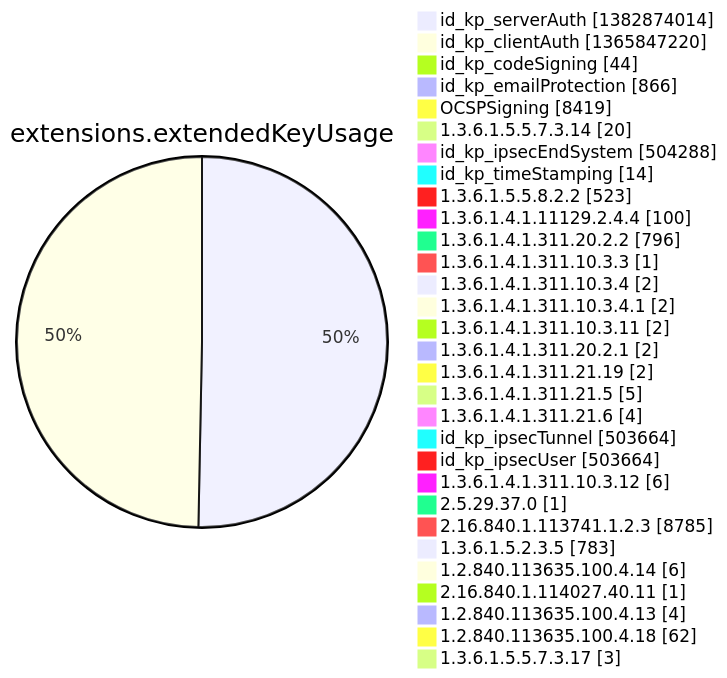
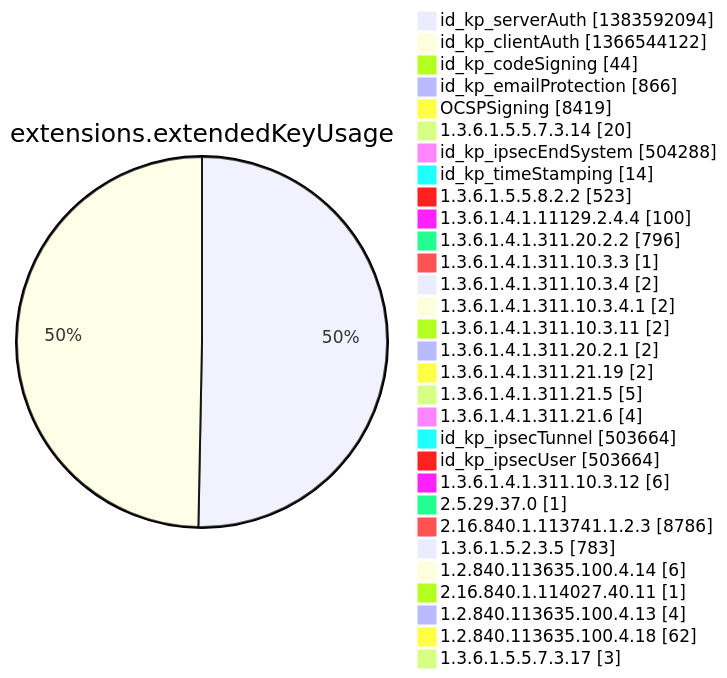
Before and after one commit to christiankrug/ctmonitor_visualization: diagram 12 of 15 in argon2022/README.md, drawn with Mermaid. The commit also changed other lines of this file, not shown here.

````diff
--- a/argon2022/README.md
+++ b/argon2022/README.md
@@ -3554,34 +3554,34 @@
 ```mermaid
 pie showData
 title extensions.extendedKeyUsage
-"id_kp_serverAuth" :1382874014
-"id_kp_clientAuth" :1365847220
+"id_kp_serverAuth" :1383592094
+"id_kp_clientAuth" :1366544122
 "id_kp_codeSigning" :44
 "id_kp_emailProtection" :866
 "OCSPSigning" :8419
 "1.3.6.1.5.5.7.3.14" :20
 "id_kp_ipsecEndSystem" :504288
 "id_kp_timeStamping" :14
 "1.3.6.1.5.5.8.2.2" :523
 "1.3.6.1.4.1.11129.2.4.4" :100
 "1.3.6.1.4.1.311.20.2.2" :796
 "1.3.6.1.4.1.311.10.3.3" :1
 "1.3.6.1.4.1.311.10.3.4" :2
 "1.3.6.1.4.1.311.10.3.4.1" :2
 "1.3.6.1.4.1.311.10.3.11" :2
 "1.3.6.1.4.1.311.20.2.1" :2
 "1.3.6.1.4.1.311.21.19" :2
 "1.3.6.1.4.1.311.21.5" :5
 "1.3.6.1.4.1.311.21.6" :4
 "id_kp_ipsecTunnel" :503664
 "id_kp_ipsecUser" :503664
 "1.3.6.1.4.1.311.10.3.12" :6
 "2.5.29.37.0" :1
-"2.16.840.1.113741.1.2.3" :8785
+"2.16.840.1.113741.1.2.3" :8786
 "1.3.6.1.5.2.3.5" :783
 "1.2.840.113635.100.4.14" :6
 "2.16.840.1.114027.40.11" :1
 "1.2.840.113635.100.4.13" :4
 "1.2.840.113635.100.4.18" :62
 "1.3.6.1.5.5.7.3.17" :3
 ```
````
